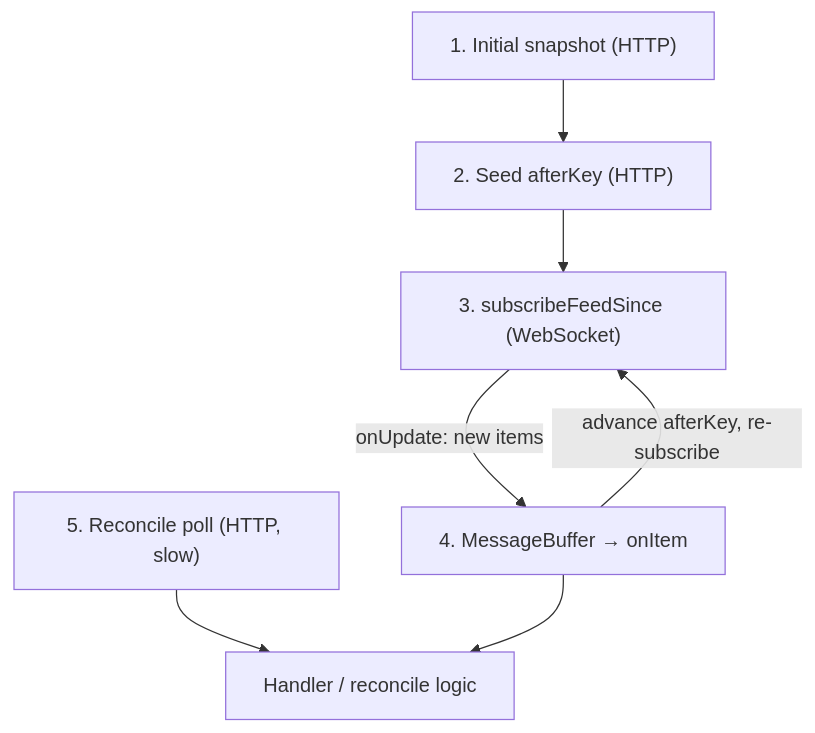
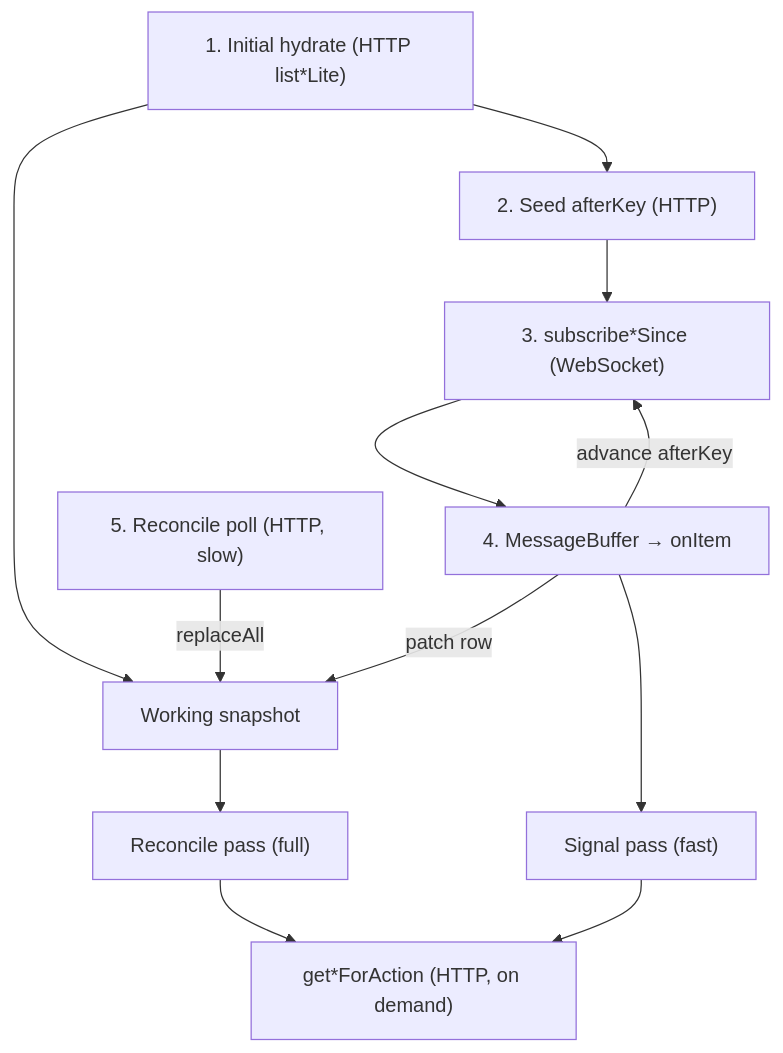
Before and after one commit to conradkoh/chatroom: the diagram in docs/developer/application/convex-daemon-incremental-sync.md, drawn with Mermaid. The commit also changed other lines of this file and 1 other file, not shown here.

First line of the commit message:
docs: document working snapshot consumer pattern for daemon feeds

````diff
--- a/docs/developer/application/convex-daemon-incremental-sync.md
+++ b/docs/developer/application/convex-daemon-incremental-sync.md
@@ -45,9 +57,14 @@
 ```mermaid
 flowchart TD
-    H["1. Initial snapshot (HTTP)"] --> S["2. Seed afterKey (HTTP)"]
-    S --> SUB["3. subscribeFeedSince (WebSocket)"]
-    SUB -->|"onUpdate: new items"| BUF["4. MessageBuffer → onItem"]
-    BUF -->|"advance afterKey, re-subscribe"| SUB
-    R["5. Reconcile poll (HTTP, slow)"] --> P["Handler / reconcile logic"]
-    BUF --> P
+    H["1. Initial hydrate (HTTP list*Lite)"] --> SNAP["Working snapshot"]
+    H --> S["2. Seed afterKey (HTTP)"]
+    S --> SUB["3. subscribe*Since (WebSocket)"]
+    SUB --> BUF["4. MessageBuffer → onItem"]
+    BUF -->|"patch row"| SNAP
+    BUF --> SIG["Signal pass (fast)"]
+    R["5. Reconcile poll (HTTP, slow)"] -->|"replaceAll"| SNAP
+    SNAP --> REC["Reconcile pass (full)"]
+    SIG --> ACT["get*ForAction (HTTP, on demand)"]
+    REC --> ACT
+    BUF -->|"advance afterKey"| SUB
 ```
````
